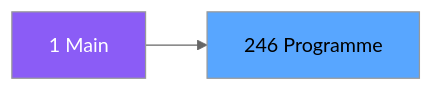
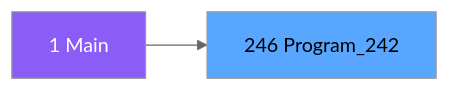
One commit to thonyAGP/magic-migration changed the second of 3 diagrams in .openspec/specs/ADH-IDE-246.md. Above: the diagram before and after it, drawn with Mermaid (neutral theme). The commit also changed other lines of this file and 323 other files, not shown here.

````diff
--- a/.openspec/specs/ADH-IDE-246.md
+++ b/.openspec/specs/ADH-IDE-246.md
@@ -98,8 +105,8 @@
 ```mermaid
 graph LR
     M[1 Main]
-    T[246 Programme]
+    T[246 Program_242]
     M --> T
     style M fill:#8b5cf6,color:#fff
     style T fill:#58a6ff,color:#000
 ```
````
